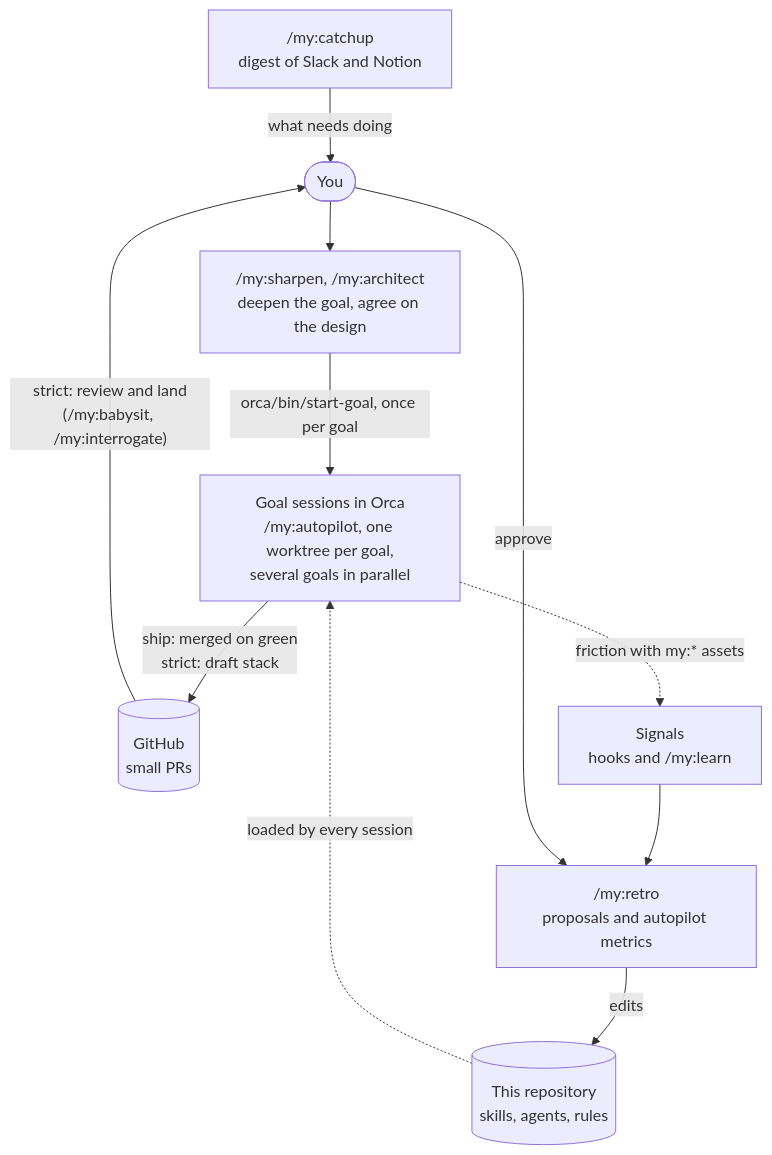
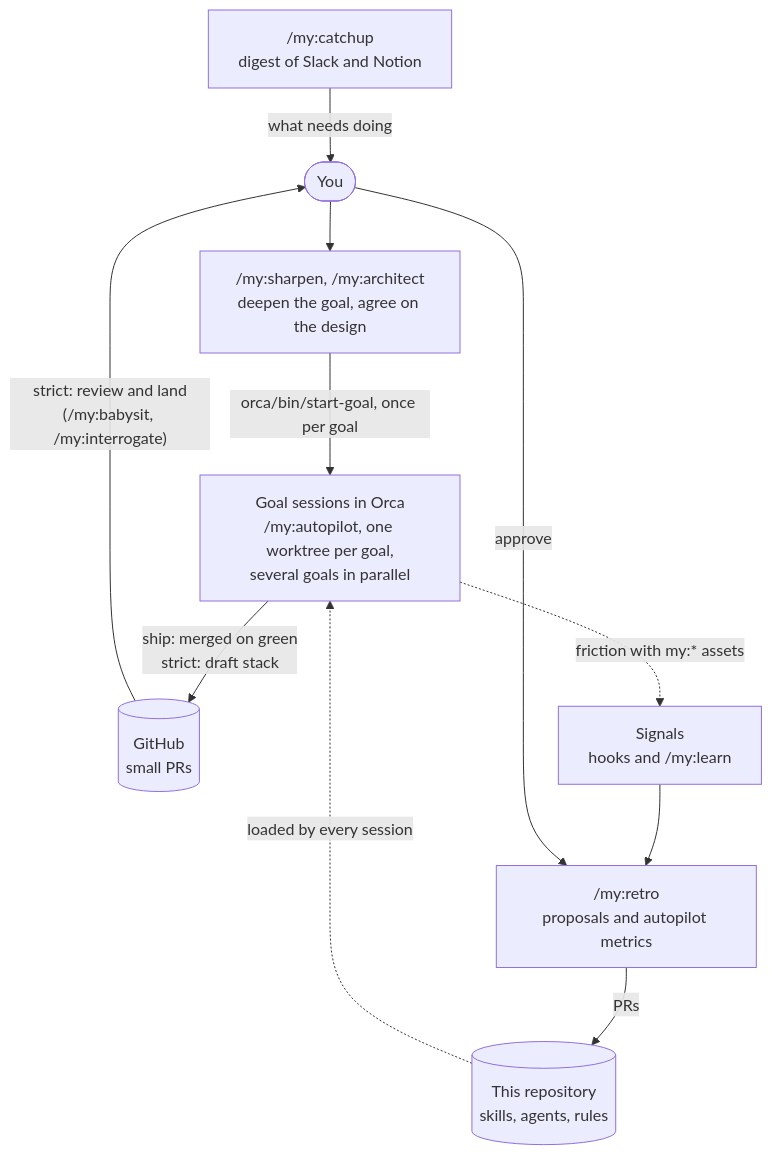
Before and after one commit to naoking158/custom-slash-command: the first of 2 diagrams in README.md, drawn with Mermaid. The commit also changed other lines of this file, not shown here.

First line of the commit message:
README の start-goal の終了コードと retro の説明を今の挙動に合わせる

````diff
--- a/README.md
+++ b/README.md
@@ -22,23 +22,23 @@
 ```mermaid
 flowchart TB
   catchup["/my:catchup<br/>digest of Slack and Notion"]
   you([You])
   goals["Goal sessions in Orca<br/>/my:autopilot, one worktree per goal,<br/>several goals in parallel"]
   gh[("GitHub<br/>small PRs")]
   signals["Signals<br/>hooks and /my:learn"]
   retro["/my:retro<br/>proposals and autopilot metrics"]
   toolkit[("This repository<br/>skills, agents, rules")]
 
   sharpen["/my:sharpen, /my:architect<br/>deepen the goal, agree on the design"]
 
   catchup -->|what needs doing| you
   you --> sharpen
   sharpen -->|"orca/bin/start-goal, once per goal"| goals
   goals -->|"ship: merged on green<br/>strict: draft stack"| gh
   gh -->|"strict: review and land<br/>(/my:babysit, /my:interrogate)"| you
   goals -.->|friction with my:* assets| signals
   signals --> retro
   you -->|approve| retro
-  retro -->|edits| toolkit
+  retro -->|PRs| toolkit
   toolkit -.->|loaded by every session| goals
 ```
````
